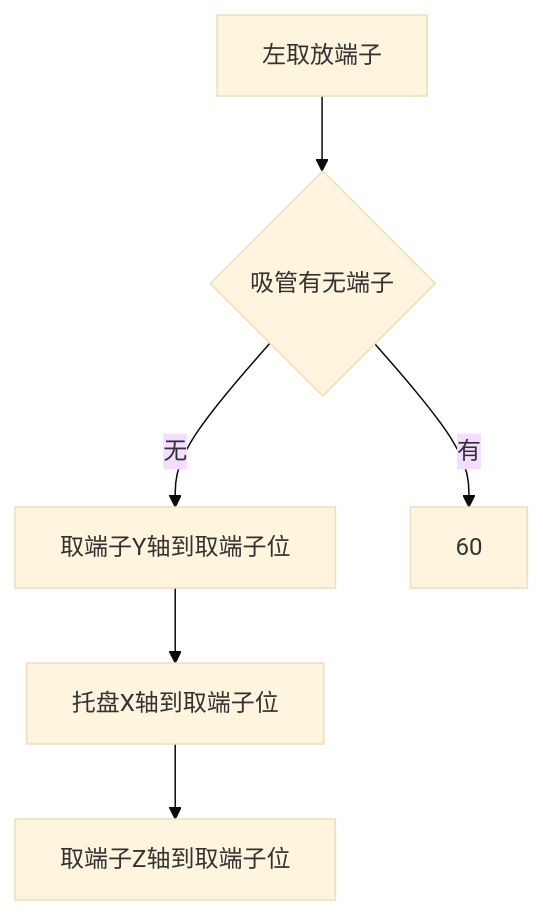
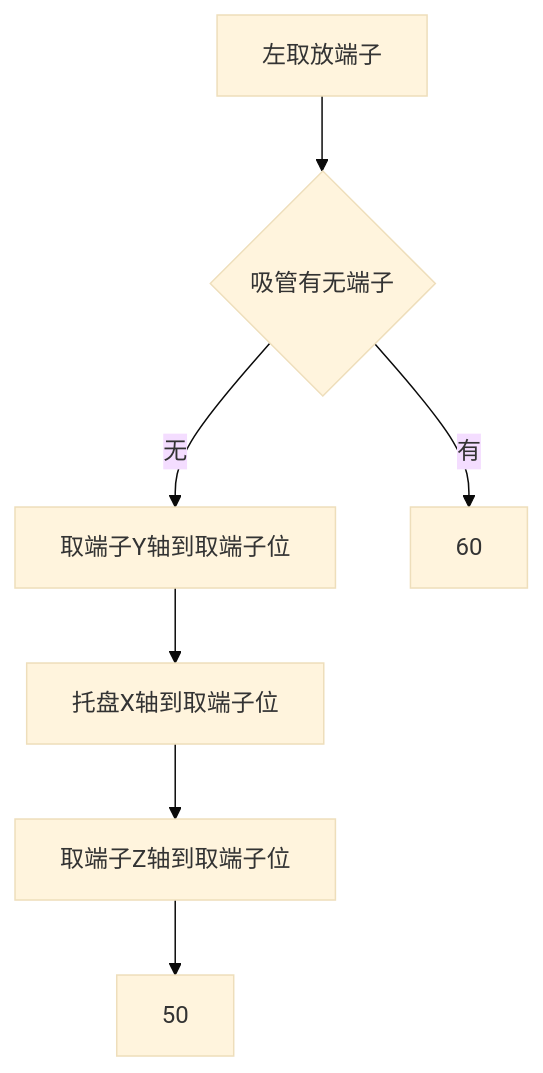
The diagram in all/VR-OP90左取放端子.md (zmq000/iodraw-files), drawn with Mermaid (base theme) before and after one commit.

Commit message:
2026-06-18 10:35:15 update

````diff
--- a/all/VR-OP90左取放端子.md
+++ b/all/VR-OP90左取放端子.md
@@ -1,9 +1,10 @@
 ```mermaid
 graph TD
 0[左取放端子]-->10
 10{吸管有无端子}-->|有|60
 10-->|无|20
 20[取端子Y轴到取端子位]-->30
 30[托盘X轴到取端子位]-->40
-40[取端子Z轴到取端子位]
+40[取端子Z轴到取端子位]-->50
+
 ```
````
